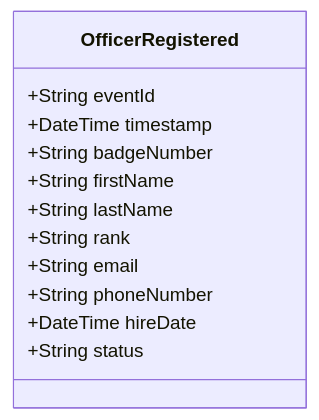
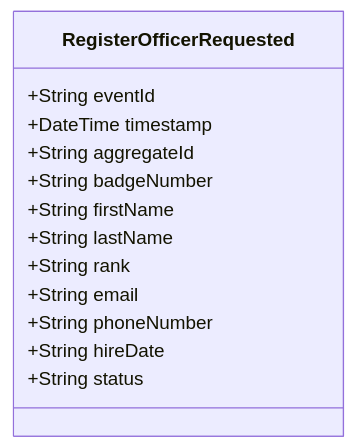
One commit to pgraff/police-system changed the diagram in doc/events/OfficerRegistered.md. Above: the diagram before and after it, drawn with Mermaid. The commit also changed other lines of this file and 58 other files, not shown here.

````diff
--- a/doc/events/OfficerRegistered.md
+++ b/doc/events/OfficerRegistered.md
@@ -9,15 +9,16 @@
 ```mermaid
 classDiagram
-    class OfficerRegistered {
+    class RegisterOfficerRequested {
         +String eventId
         +DateTime timestamp
+        +String aggregateId
         +String badgeNumber
         +String firstName
         +String lastName
         +String rank
         +String email
         +String phoneNumber
-        +DateTime hireDate
+        +String hireDate
         +String status
     }
 ```
````
